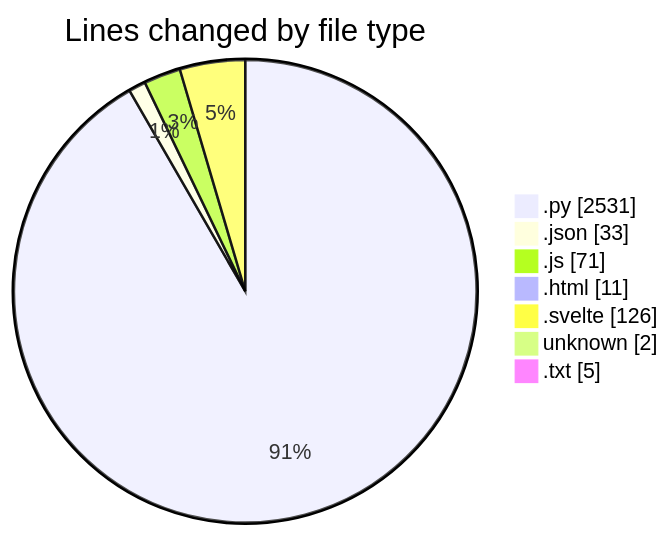
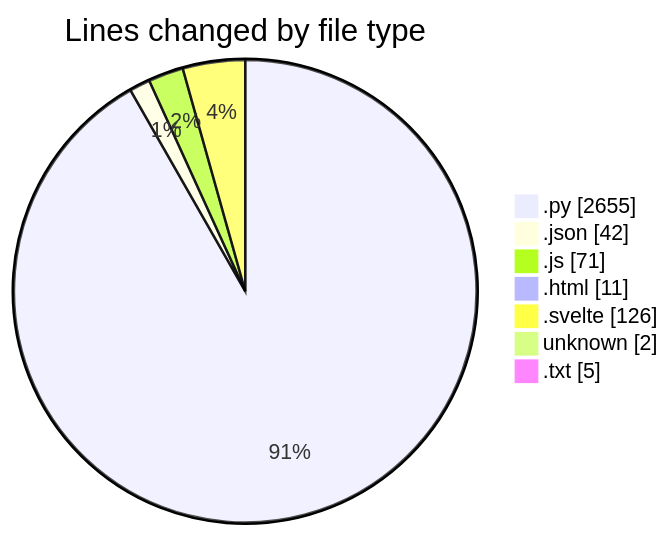
The first of 2 diagrams in 2025-07-10/toolsopenemalpass/README.md (lephambinh05/code-tracking), drawn with Mermaid before and after one commit. The commit also changed other lines of this file and 1 other file, not shown here.

````diff
--- a/2025-07-10/toolsopenemalpass/README.md
+++ b/2025-07-10/toolsopenemalpass/README.md
@@ -55,11 +60,11 @@
 ```mermaid
 pie showData
 title Lines changed by file type
-".py" : 2531
-".json" : 33
+".py" : 2655
+".json" : 42
 ".js" : 71
 ".html" : 11
 ".svelte" : 126
 "unknown" : 2
 ".txt" : 5
 ```
````
